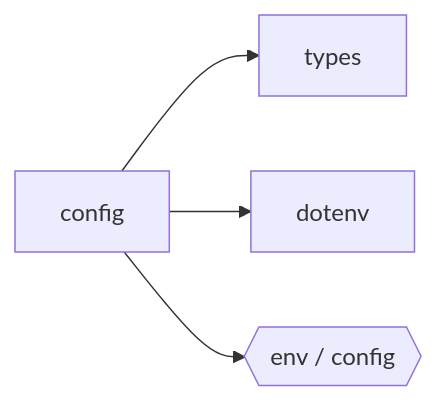
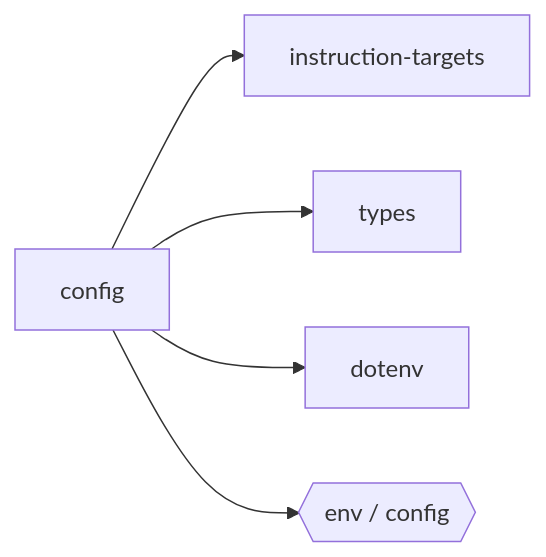
One commit to hellhellpnick/context-graph changed the diagram in .cursor/rules/ctxgraph--src-config.mdc. Above: the diagram before and after it, drawn with Mermaid. The commit also changed other lines of this file and 200 other files, not shown here.

````diff
--- a/.cursor/rules/ctxgraph--src-config.mdc
+++ b/.cursor/rules/ctxgraph--src-config.mdc
@@ -14,7 +14,8 @@
 ```mermaid
 graph LR
   config[config]
+  config --> instruction_targets[instruction-targets]
   config --> types[types]
   config --> dotenv["dotenv"]
   config --> ENV{{"env / config"}}
 ```
````
